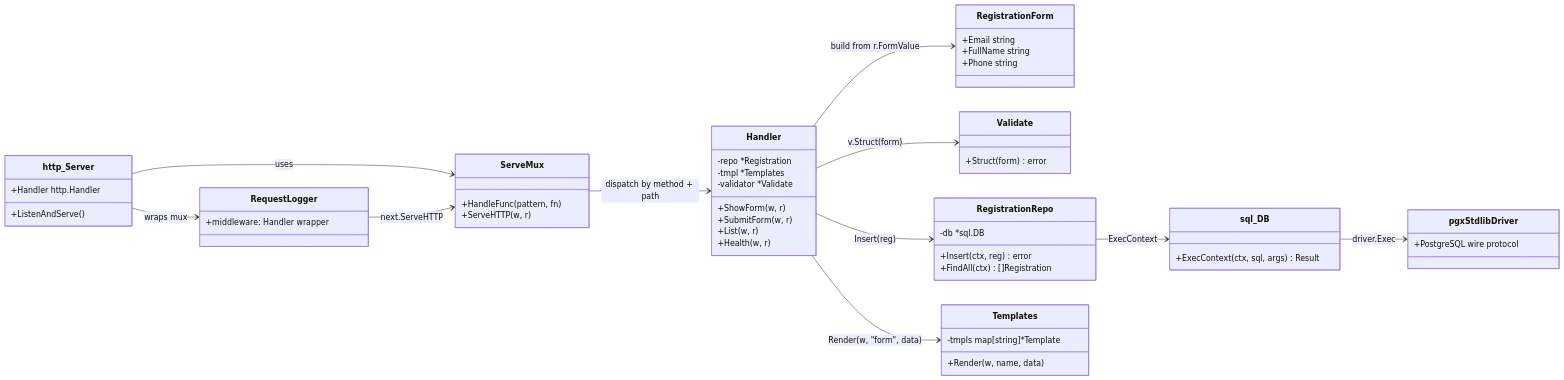
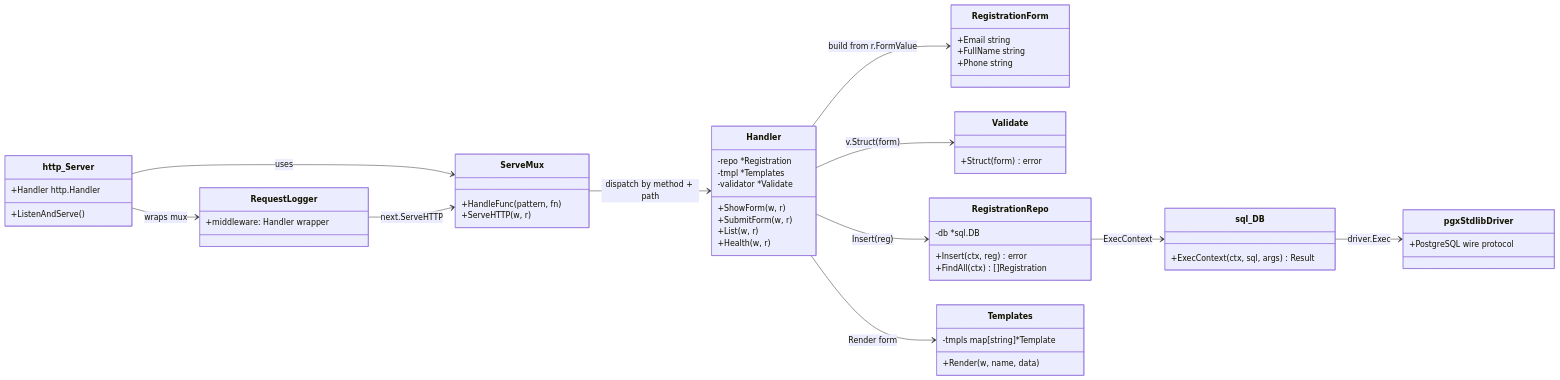
Before and after one commit to artivisi/tech-stack-2026: the first of 2 diagrams in docs/09-walkthrough-golang.md, drawn with Mermaid. The commit also changed other lines of this file and 2 other files, not shown here.

First line of the commit message:
fix Mermaid class-diagram parse errors on GitHub

````diff
--- a/docs/09-walkthrough-golang.md
+++ b/docs/09-walkthrough-golang.md
@@ -9,59 +9,59 @@
 ```mermaid
 classDiagram
     direction LR
 
     class http_Server {
         +ListenAndServe()
         +Handler http.Handler
     }
     class ServeMux {
         +HandleFunc(pattern, fn)
         +ServeHTTP(w, r)
     }
     class RequestLogger {
         +middleware: Handler wrapper
     }
     class Handler {
         -repo *Registration
         -tmpl *Templates
         -validator *Validate
         +ShowForm(w, r)
         +SubmitForm(w, r)
         +List(w, r)
         +Health(w, r)
     }
     class RegistrationForm {
         +Email string
         +FullName string
         +Phone string
     }
     class Validate {
         +Struct(form) error
     }
     class RegistrationRepo {
         -db *sql.DB
         +Insert(ctx, reg) error
         +FindAll(ctx) []Registration
     }
     class sql_DB {
         +ExecContext(ctx, sql, args) Result
     }
     class pgxStdlibDriver {
         +PostgreSQL wire protocol
     }
     class Templates {
         -tmpls map[string]*Template
         +Render(w, name, data)
     }
 
     http_Server --> ServeMux : uses
     http_Server --> RequestLogger : wraps mux
     RequestLogger --> ServeMux : next.ServeHTTP
     ServeMux --> Handler : dispatch by method + path
     Handler --> RegistrationForm : build from r.FormValue
     Handler --> Validate : v.Struct(form)
     Handler --> RegistrationRepo : Insert(reg)
     RegistrationRepo --> sql_DB : ExecContext
     sql_DB --> pgxStdlibDriver : driver.Exec
-    Handler --> Templates : Render(w, "form", data)
+    Handler --> Templates : Render form
 ```
````
